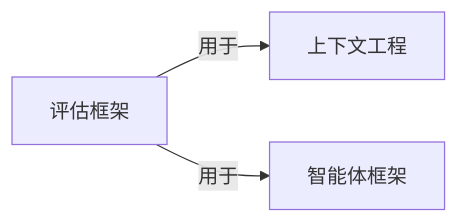
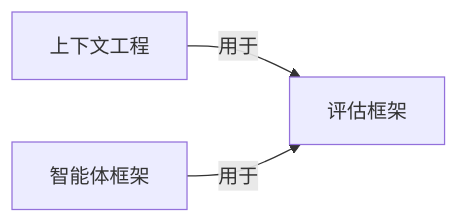
Before and after one commit to yibie/claude-best-practices-zh: the diagram in wiki/评估框架.md, drawn with Mermaid. The commit also changed other lines of this file and 407 other files, not shown here.

Commit message:
feat: DeepSeek 三遍审校（译文/关系/图谱）+ 可部署静态站点

````diff
--- a/wiki/评估框架.md
+++ b/wiki/评估框架.md
@@ -44,6 +45,6 @@
 ```mermaid
 graph LR
   C["评估框架"]
-  C -->|用于| N0["上下文工程"]
-  C -->|用于| N1["智能体框架"]
+  N0["上下文工程"] -->|用于| C
+  N1["智能体框架"] -->|用于| C
 ```
````
